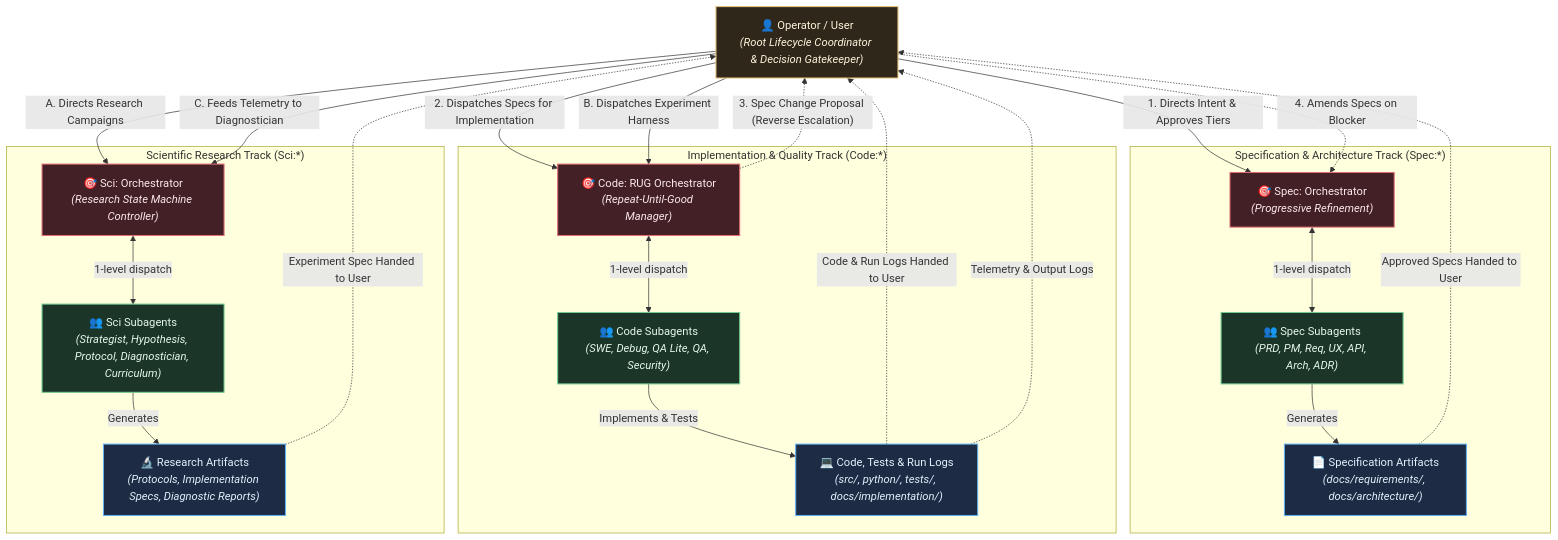
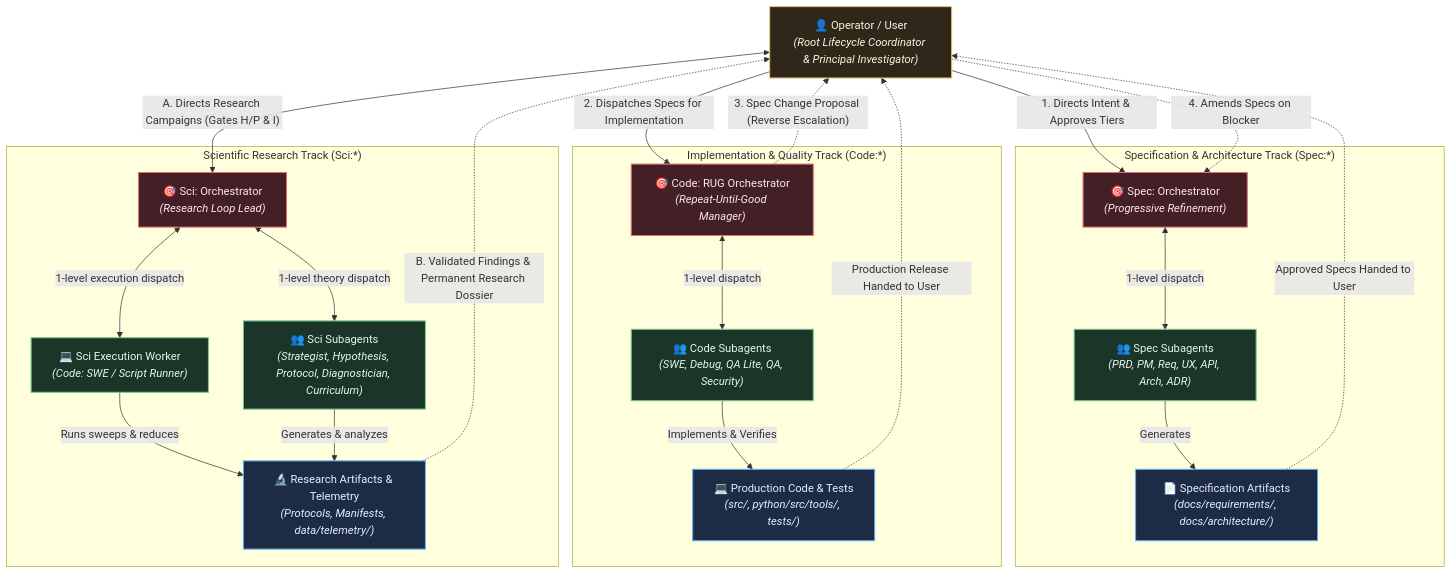
The first of 4 diagrams in README.md (Shapedsundew9/rust-python-template), drawn with Mermaid before and after one commit. The commit also changed other lines of this file and 14 other files, not shown here.

First line of the commit message:
Refactor Sci: Orchestrator and related documentation for enhanced scientific workflow management

````diff
--- a/README.md
+++ b/README.md
@@ -48,74 +67,74 @@
 ```mermaid
 %%{init: {
   'theme': 'base',
   'themeVariables': {
     'darkMode': true,
     'background': '#161922',
     'mainBkg': '#1e2230',
     'nodeBorder': '#434c5e',
     'textColor': '#e2e8f0',
     'fontFamily': 'ui-sans-serif, system-ui, -apple-system, BlinkMacSystemFont, "Segoe UI", Roboto, sans-serif',
     'fontSize': '14px',
     'lineColor': '#8892b0',
     'primaryColor': '#422026',
     'primaryTextColor': '#fde8ec',
     'primaryBorderColor': '#e06c75',
     'secondaryColor': '#1b3528',
     'secondaryTextColor': '#e6f7ee',
     'secondaryBorderColor': '#73c991',
     'tertiaryColor': '#1d2c44',
     'tertiaryTextColor': '#e4f0fc',
     'tertiaryBorderColor': '#61afef',
     'clusterBkg': '#13161f',
     'clusterBorder': '#373e51',
     'noteBkgColor': '#2e271a',
     'noteTextColor': '#fdf4db',
     'noteBorderColor': '#e5c07b',
     'edgeLabelBackground': '#1a1d27'
   }
 }}%%
 flowchart TB
     classDef primary fill:#422026,stroke:#e06c75,stroke-width:1.5px,color:#fde8ec;
     classDef secondary fill:#1b3528,stroke:#73c991,stroke-width:1.5px,color:#e6f7ee;
     classDef tertiary fill:#1d2c44,stroke:#61afef,stroke-width:1.5px,color:#e4f0fc;
     classDef note fill:#2e271a,stroke:#e5c07b,stroke-width:1.5px,color:#fdf4db;
 
-    USER["👤 Operator / User<br/><i>(Root Lifecycle Coordinator & Decision Gatekeeper)</i>"]:::note
+    USER["👤 Operator / User<br/><i>(Root Lifecycle Coordinator & Principal Investigator)</i>"]:::note
 
     subgraph SPEC_TRACK["Specification & Architecture Track (Spec:*)"]
         SPEC_O["🎯 Spec: Orchestrator<br/><i>(Progressive Refinement)</i>"]:::primary
         SPEC_SUBS["👥 Spec Subagents<br/><i>(PRD, PM, Req, UX, API, Arch, ADR)</i>"]:::secondary
         SPEC_ARTS["📄 Specification Artifacts<br/><i>(docs/requirements/, docs/architecture/)</i>"]:::tertiary
         SPEC_O <-->|"1-level dispatch"| SPEC_SUBS
         SPEC_SUBS -->|"Generates"| SPEC_ARTS
     end
 
     subgraph CODE_TRACK["Implementation & Quality Track (Code:*)"]
         CODE_O["🎯 Code: RUG Orchestrator<br/><i>(Repeat-Until-Good Manager)</i>"]:::primary
         CODE_SUBS["👥 Code Subagents<br/><i>(SWE, Debug, QA Lite, QA, Security)</i>"]:::secondary
-        CODE_PROD["💻 Code, Tests & Run Logs<br/><i>(src/, python/, tests/, docs/implementation/)</i>"]:::tertiary
+        CODE_PROD["💻 Production Code & Tests<br/><i>(src/, python/src/tools/, tests/)</i>"]:::tertiary
         CODE_O <-->|"1-level dispatch"| CODE_SUBS
-        CODE_SUBS -->|"Implements & Tests"| CODE_PROD
+        CODE_SUBS -->|"Implements & Verifies"| CODE_PROD
     end
 
     subgraph SCI_TRACK["Scientific Research Track (Sci:*)"]
-        SCI_O["🎯 Sci: Orchestrator<br/><i>(Research State Machine Controller)</i>"]:::primary
+        SCI_O["🎯 Sci: Orchestrator<br/><i>(Research Loop Lead)</i>"]:::primary
         SCI_SUBS["👥 Sci Subagents<br/><i>(Strategist, Hypothesis, Protocol, Diagnostician, Curriculum)</i>"]:::secondary
-        SCI_ARTS["🔬 Research Artifacts<br/><i>(Protocols, Implementation Specs, Diagnostic Reports)</i>"]:::tertiary
-        SCI_O <-->|"1-level dispatch"| SCI_SUBS
-        SCI_SUBS -->|"Generates"| SCI_ARTS
+        SCI_SWE["💻 Sci Execution Worker<br/><i>(Code: SWE / Script Runner)</i>"]:::secondary
+        SCI_ARTS["🔬 Research Artifacts & Telemetry<br/><i>(Protocols, Manifests, data/telemetry/)</i>"]:::tertiary
+        SCI_O <-->|"1-level theory dispatch"| SCI_SUBS
+        SCI_O <-->|"1-level execution dispatch"| SCI_SWE
+        SCI_SWE -->|"Runs sweeps & reduces"| SCI_ARTS
+        SCI_SUBS -->|"Generates & analyzes"| SCI_ARTS
     end
 
     USER -->|"1. Directs Intent & Approves Tiers"| SPEC_O
     SPEC_ARTS -.->|"Approved Specs Handed to User"| USER
     USER -->|"2. Dispatches Specs for Implementation"| CODE_O
-    CODE_PROD -.->|"Code & Run Logs Handed to User"| USER
+    CODE_PROD -.->|"Production Release Handed to User"| USER
     CODE_O -.->|"3. Spec Change Proposal (Reverse Escalation)"| USER
     USER -.->|"4. Amends Specs on Blocker"| SPEC_O
 
-    USER -->|"A. Directs Research Campaigns"| SCI_O
-    SCI_ARTS -.->|"Experiment Spec Handed to User"| USER
-    USER -->|"B. Dispatches Experiment Harness"| CODE_O
-    CODE_PROD -.->|"Telemetry & Output Logs"| USER
-    USER -->|"C. Feeds Telemetry to Diagnostician"| SCI_O
+    USER <-->|"A. Directs Research Campaigns (Gates H/P & I)"| SCI_O
+    SCI_ARTS -.->|"B. Validated Findings & Permanent Research Dossier"| USER
 ```
````
